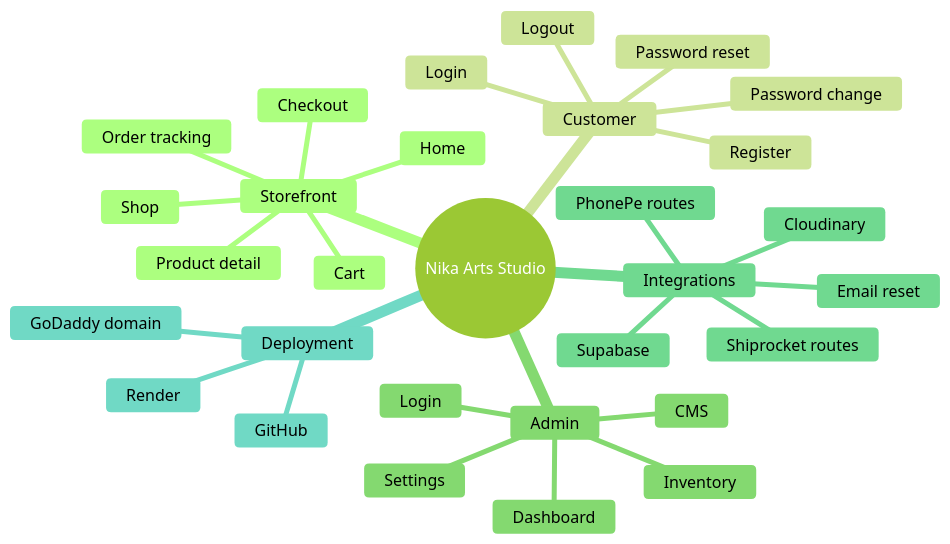
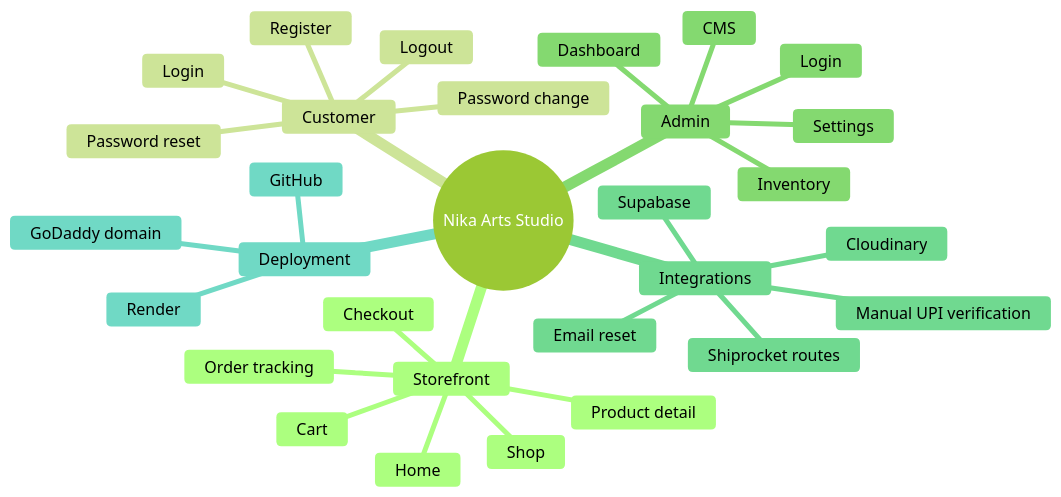
One commit to nikacreations0927/NikaArtStudio changed diagram 15 of 18 in ADMIN_USER_GUIDE.md. Above: the diagram before and after it, drawn with Mermaid (forest theme). The commit also changed other lines of this file and 13 other files, not shown here.

Commit message:
Switch checkout to manual UPI verification

````diff
--- a/ADMIN_USER_GUIDE.md
+++ b/ADMIN_USER_GUIDE.md
@@ -391,33 +392,33 @@
 ```mermaid
 mindmap
   root((Nika Arts Studio))
     Storefront
       Home
       Shop
       Product detail
       Cart
       Checkout
       Order tracking
     Customer
       Register
       Login
       Logout
       Password reset
       Password change
     Admin
       Login
       Dashboard
       Inventory
       CMS
       Settings
     Integrations
       Supabase
       Cloudinary
-      PhonePe routes
+      Manual UPI verification
       Shiprocket routes
       Email reset
     Deployment
       GitHub
       Render
       GoDaddy domain
 ```
````
